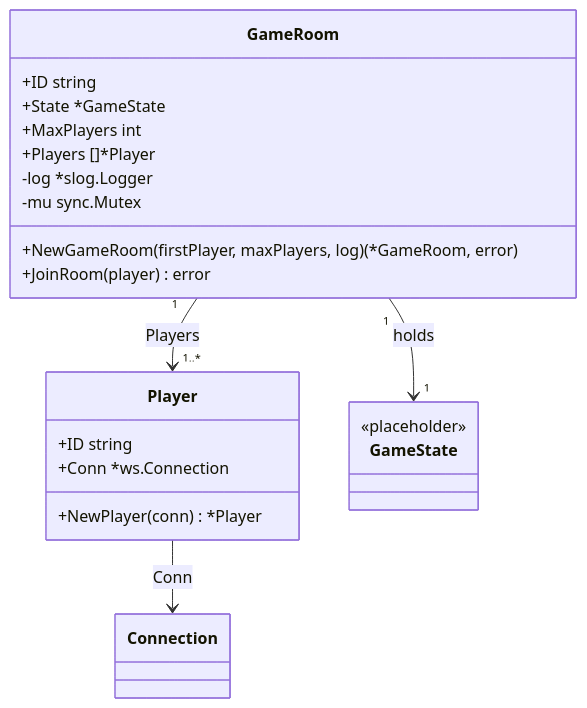
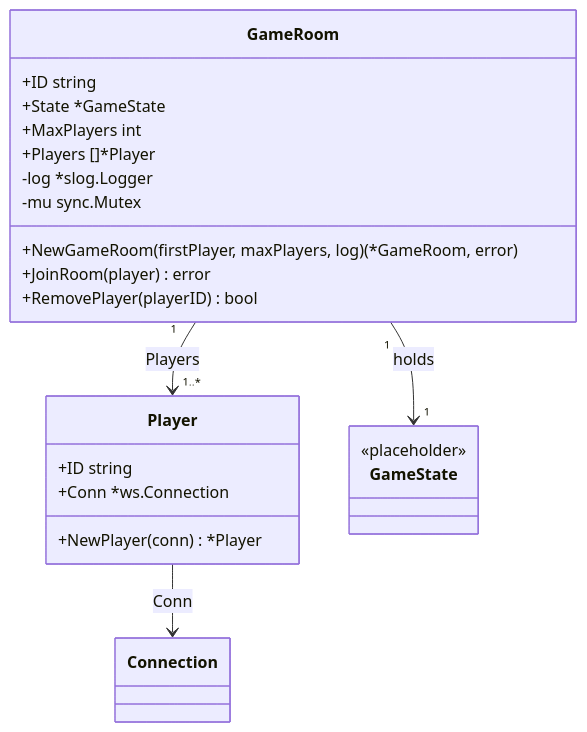
Before and after one commit to cabo-game/cabo-backend: the second of 8 diagrams in internal/roomsvc/ARCHITECTURE.md, drawn with Mermaid. The commit also changed other lines of this file and 14 other files, not shown here.

````diff
--- a/internal/roomsvc/ARCHITECTURE.md
+++ b/internal/roomsvc/ARCHITECTURE.md
@@ -73,27 +105,28 @@
 ```mermaid
 classDiagram
     class GameRoom {
         +ID string
         +State *GameState
         +MaxPlayers int
         +Players []*Player
         -log *slog.Logger
         -mu sync.Mutex
         +NewGameRoom(firstPlayer, maxPlayers, log) (*GameRoom, error)
         +JoinRoom(player) error
+        +RemovePlayer(playerID) bool
     }
 
     class Player {
         +ID string
         +Conn *ws.Connection
         +NewPlayer(conn) *Player
     }
 
     class GameState {
         <<placeholder>>
     }
 
     GameRoom "1" --> "1" GameState : holds
     GameRoom "1" --> "1..*" Player : Players
     Player --> Connection : Conn
 ```
````
